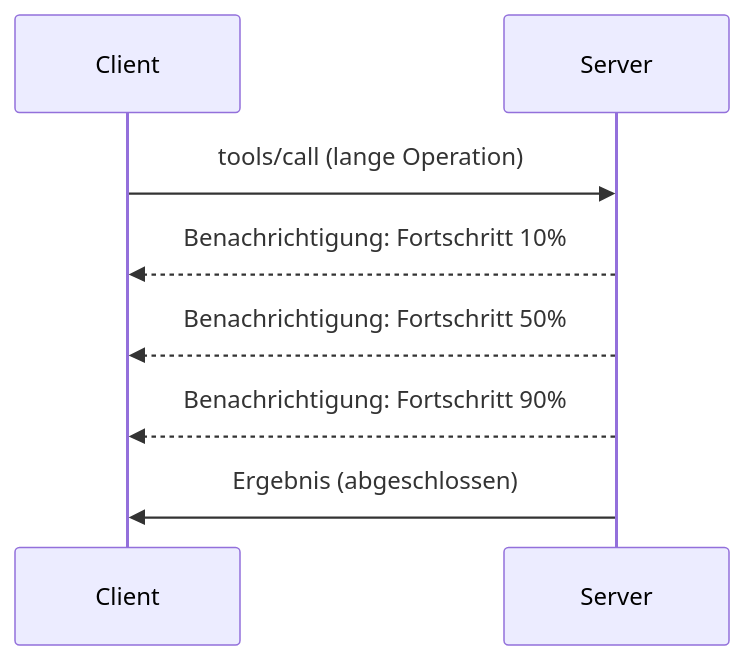
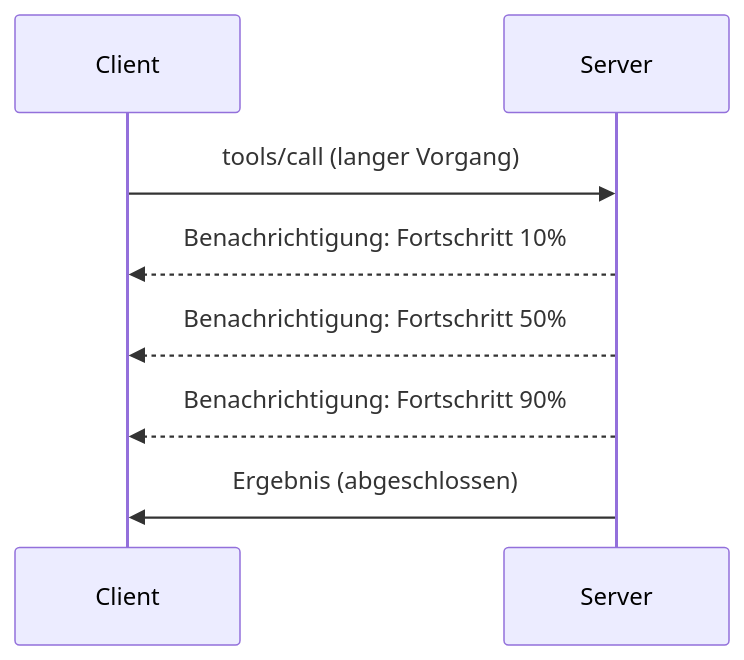
Before and after one commit to HIDORAKAI002/ai-workspace-archive: the diagram in mcp_ecosystem__model_context_protocol/mcp_learning_resources/mcp-for-beginners/translations/de/05-AdvancedTopics/mcp-protocol-features/README.md, drawn with Mermaid. The commit also changed other lines of this file and 1046 other files, not shown here.

````diff
--- a/mcp_ecosystem__model_context_protocol/mcp_learning_resources/mcp-for-beginners/translations/de/05-AdvancedTopics/mcp-protocol-features/README.md
+++ b/mcp_ecosystem__model_context_protocol/mcp_learning_resources/mcp-for-beginners/translations/de/05-AdvancedTopics/mcp-protocol-features/README.md
@@ -22,11 +24,11 @@
 ```mermaid
 sequenceDiagram
     participant Client
     participant Server
     
-    Client->>Server: tools/call (lange Operation)
+    Client->>Server: tools/call (langer Vorgang)
     Server-->>Client: Benachrichtigung: Fortschritt 10%
     Server-->>Client: Benachrichtigung: Fortschritt 50%
     Server-->>Client: Benachrichtigung: Fortschritt 90%
     Server->>Client: Ergebnis (abgeschlossen)
 ```
````
